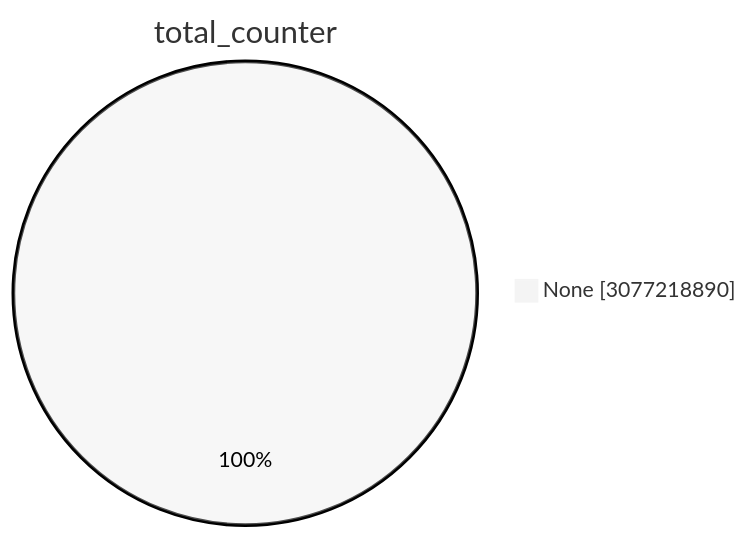
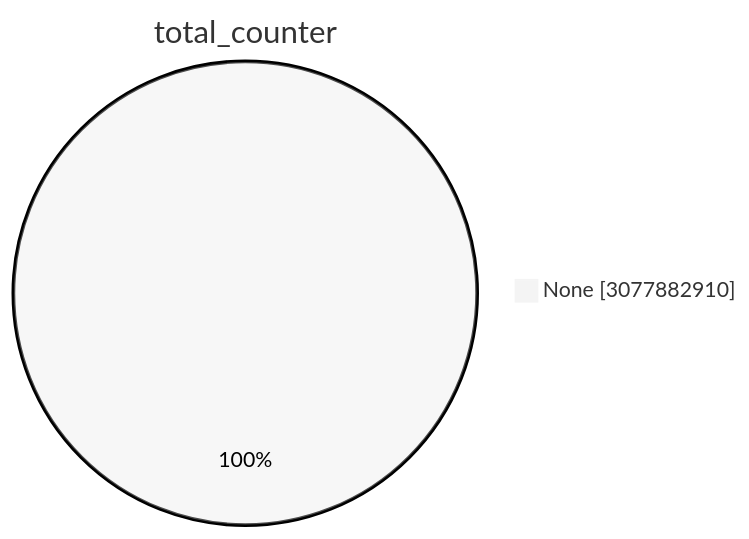
The first of 15 diagrams in TOTAL/README.md (christiankrug/ctmonitor_visualization), drawn with Mermaid (neutral theme) before and after one commit. The commit also changed other lines of this file, not shown here.

````diff
--- a/TOTAL/README.md
+++ b/TOTAL/README.md
@@ -1,5 +1,5 @@
 ```mermaid
 pie showData
 title total_counter
-"None" :3077218890
+"None" :3077882910
 ```
````
